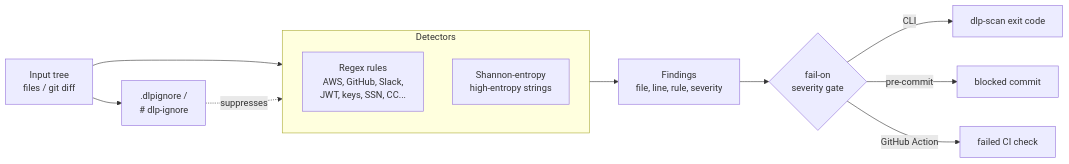
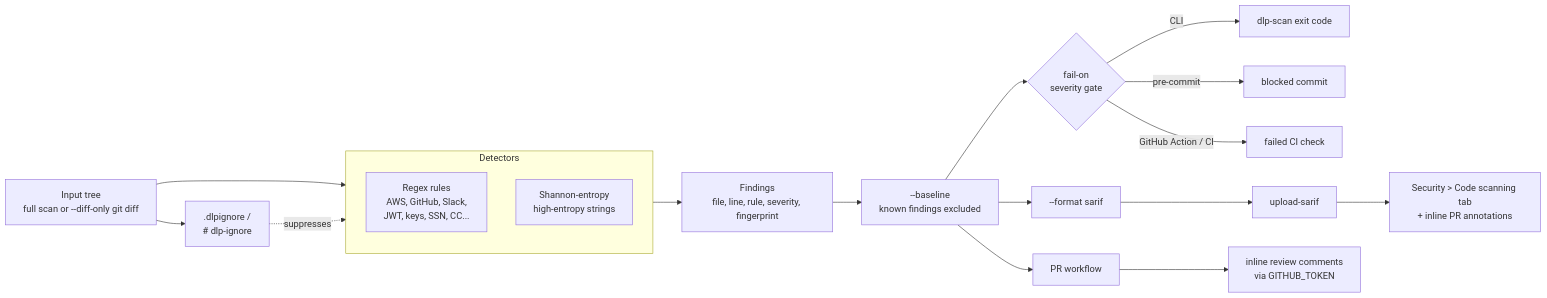
One commit to John-Axe/dlp-secret-pii-scanner changed the diagram in README.md. Above: the diagram before and after it, drawn with Mermaid. The commit also changed other lines of this file and 24 other files, not shown here.

First line of the commit message:
feat: add SARIF output, PR inline comments, diff-only/baseline mode, and CI hardening

````diff
--- a/README.md
+++ b/README.md
@@ -20,15 +25,21 @@
 ```mermaid
 flowchart LR
-    A[Input tree<br/>files / git diff] --> B[Detectors]
+    A[Input tree<br/>full scan or --diff-only git diff] --> B[Detectors]
     subgraph B[Detectors]
         B1[Regex rules<br/>AWS, GitHub, Slack,<br/>JWT, keys, SSN, CC...]
         B2[Shannon-entropy<br/>high-entropy strings]
     end
     A --> I[".dlpignore /<br/># dlp-ignore"]
     I -. suppresses .-> B
-    B --> F[Findings<br/>file, line, rule, severity]
-    F --> G{fail-on<br/>severity gate}
+    B --> F[Findings<br/>file, line, rule, severity, fingerprint]
+    F --> K[--baseline<br/>known findings excluded]
+    K --> G{fail-on<br/>severity gate}
     G -->|CLI| H1[dlp-scan exit code]
     G -->|pre-commit| H2[blocked commit]
-    G -->|GitHub Action| H3[failed CI check]
+    G -->|GitHub Action / CI| H3[failed CI check]
+    K --> S[--format sarif]
+    S --> U[upload-sarif]
+    U --> SEC[Security &gt; Code scanning tab<br/>+ inline PR annotations]
+    K --> PRC[PR workflow]
+    PRC --> RC[inline review comments<br/>via GITHUB_TOKEN]
 ```
````
